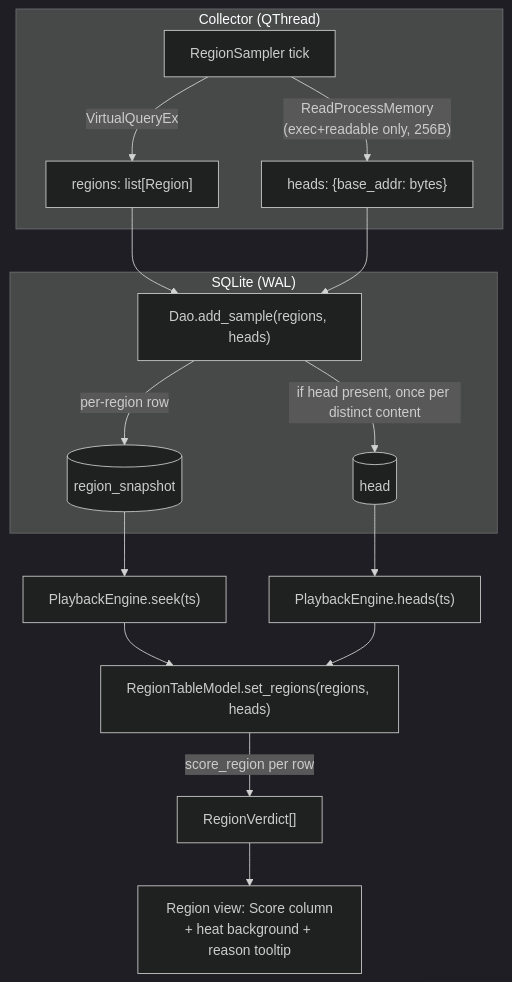
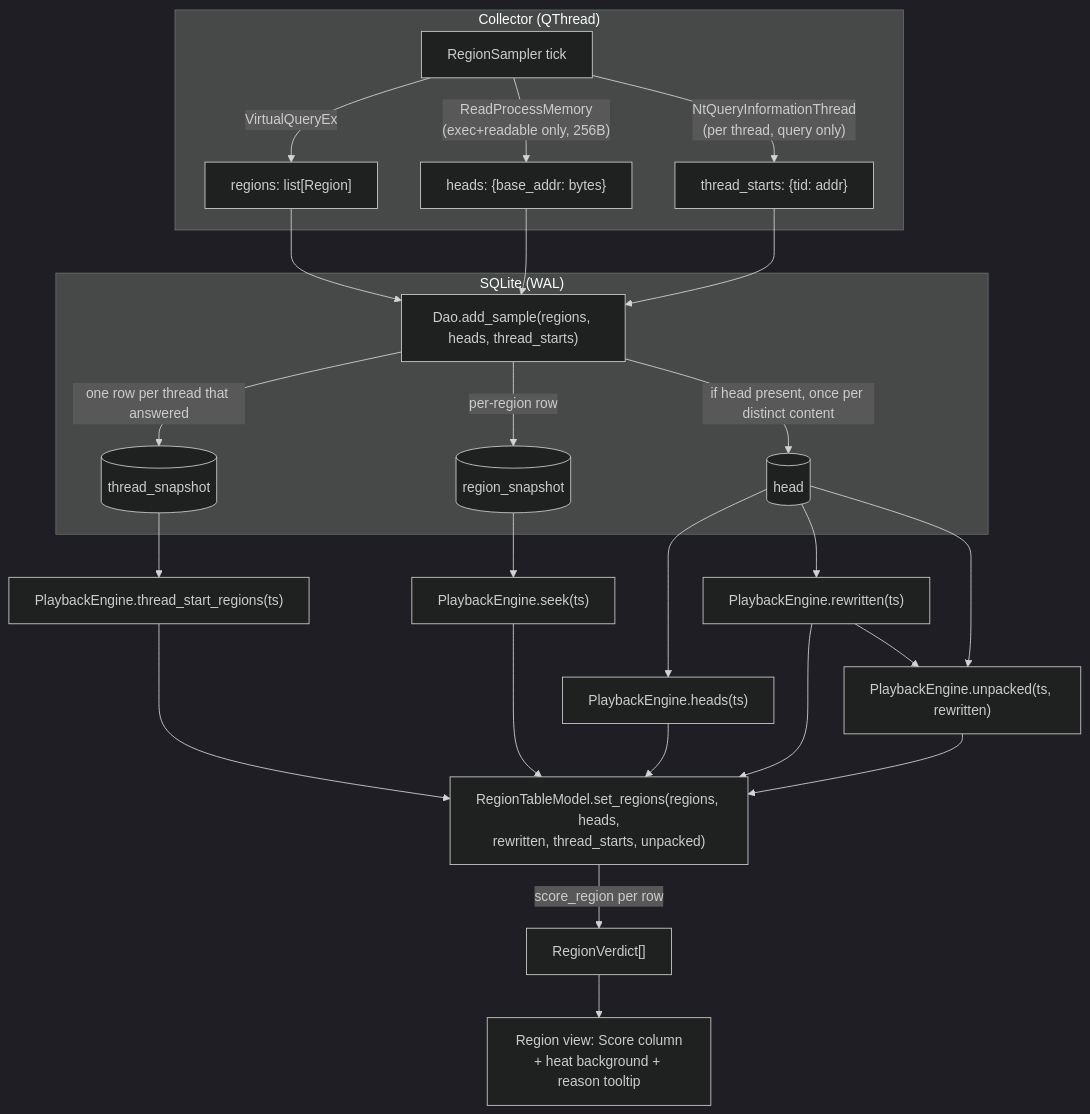
One commit to mjaksn/Memlapse changed the second of 2 diagrams in docs/ARCHITECTURE.md. Above: the diagram before and after it, drawn with Mermaid (dark theme). The commit also changed other lines of this file and 34 other files, not shown here.

````diff
--- a/docs/ARCHITECTURE.md
+++ b/docs/ARCHITECTURE.md
@@ -374,19 +411,29 @@
 ```mermaid
 flowchart TD
     subgraph collect["Collector (QThread)"]
         A["RegionSampler tick"] -->|VirtualQueryEx| B["regions: list[Region]"]
         A -->|"ReadProcessMemory<br/>(exec+readable only, 256B)"| C["heads: {base_addr: bytes}"]
+        A -->|"NtQueryInformationThread<br/>(per thread, query only)"| TB["thread_starts: {tid: addr}"]
     end
-    B --> D["Dao.add_sample(regions, heads)"]
+    B --> D["Dao.add_sample(regions, heads, thread_starts)"]
     C --> D
+    TB --> D
     subgraph store["SQLite (WAL)"]
         D -->|per-region row| E[(region_snapshot)]
         D -->|"if head present, once per distinct content"| F[(head)]
+        D -->|"one row per thread that answered"| T[(thread_snapshot)]
     end
     E --> G["PlaybackEngine.seek(ts)"]
+    T --> TS["PlaybackEngine.thread_start_regions(ts)"]
+    TS --> I
     F --> H["PlaybackEngine.heads(ts)"]
-    G --> I["RegionTableModel.set_regions(regions, heads)"]
+    F --> RW["PlaybackEngine.rewritten(ts)"]
+    RW --> UN["PlaybackEngine.unpacked(ts, rewritten)"]
+    F --> UN
+    G --> I["RegionTableModel.set_regions(regions, heads,<br/>rewritten, thread_starts, unpacked)"]
     H --> I
+    RW --> I
+    UN --> I
     I -->|"score_region per row"| J["RegionVerdict[]"]
     J --> K["Region view: Score column<br/>+ heat background + reason tooltip"]
 ```
````
